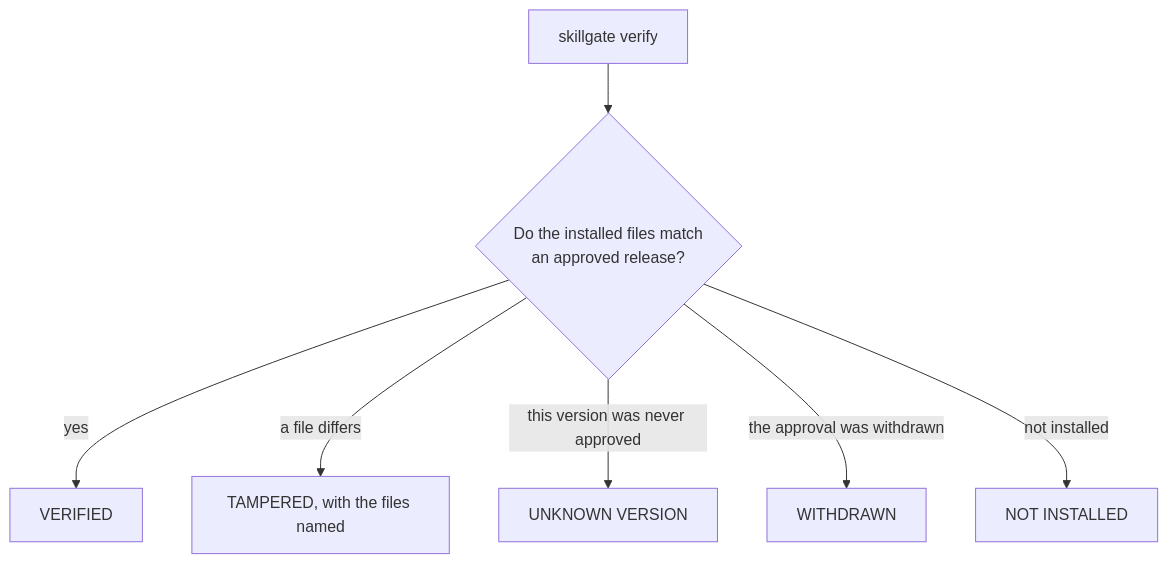
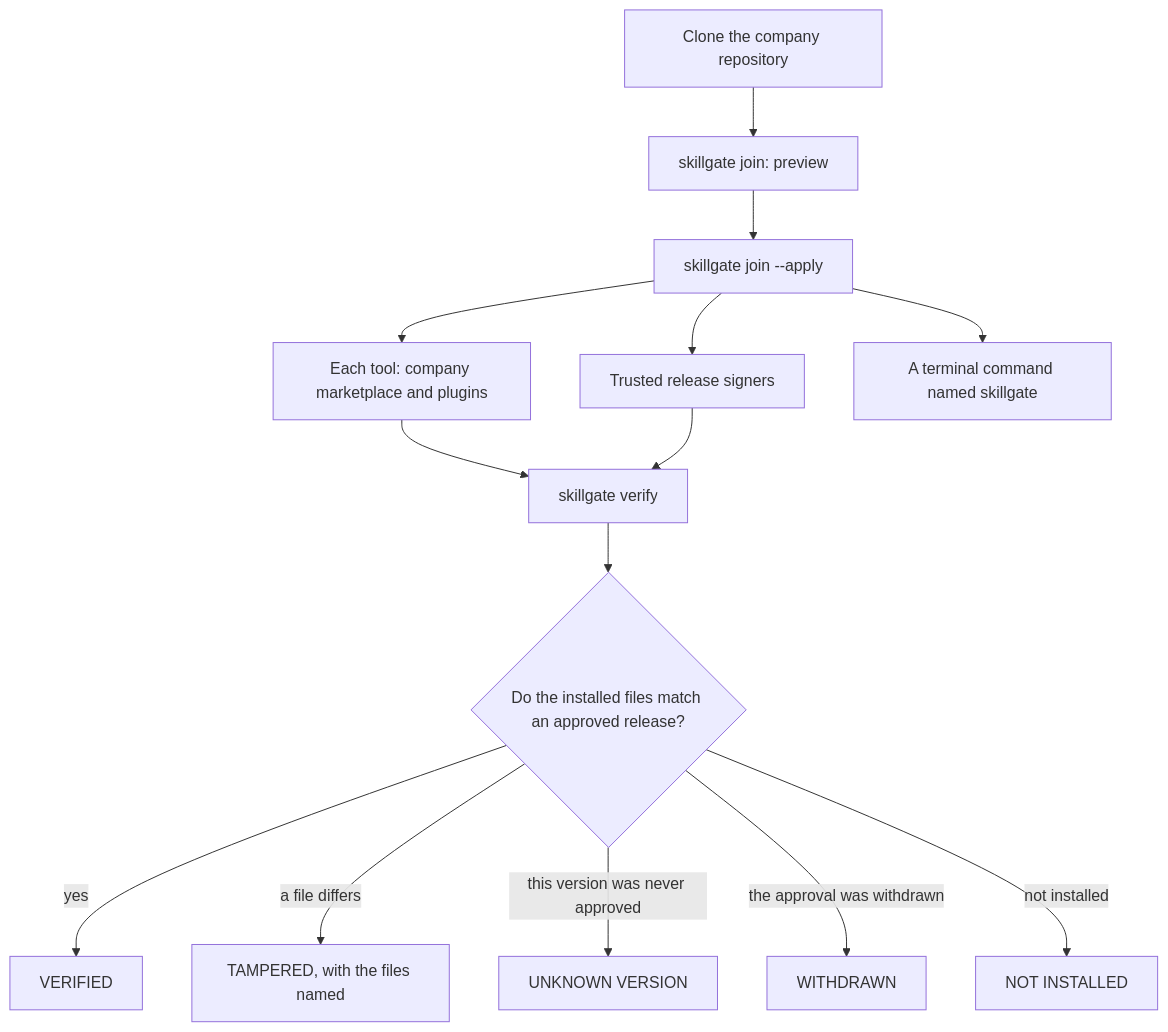
One commit to MojoAI-King/Skilliton changed the third of 5 diagrams in docs/HOW-IT-WORKS.md. Above: the diagram before and after it, drawn with Mermaid. The commit also changed other lines of this file and 23 other files, not shown here.

````diff
--- a/docs/HOW-IT-WORKS.md
+++ b/docs/HOW-IT-WORKS.md
@@ -132,9 +133,16 @@
 ```mermaid
 flowchart TD
-  V["skillgate verify"] --> Q{"Do the installed files match<br/>an approved release?"}
+  C["Clone the company repository"] --> J["skillgate join: preview"]
+  J --> A["skillgate join --apply"]
+  A --> M["Each tool: company marketplace and plugins"]
+  A --> S["Trusted release signers"]
+  A --> L["A terminal command named skillgate"]
+  M --> V["skillgate verify"]
+  S --> V
+  V --> Q{"Do the installed files match an approved release?"}
   Q -- "yes" --> OK["VERIFIED"]
   Q -- "a file differs" --> T["TAMPERED, with the files named"]
   Q -- "this version was never approved" --> UV["UNKNOWN VERSION"]
   Q -- "the approval was withdrawn" --> W["WITHDRAWN"]
   Q -- "not installed" --> N["NOT INSTALLED"]
 ```
````
